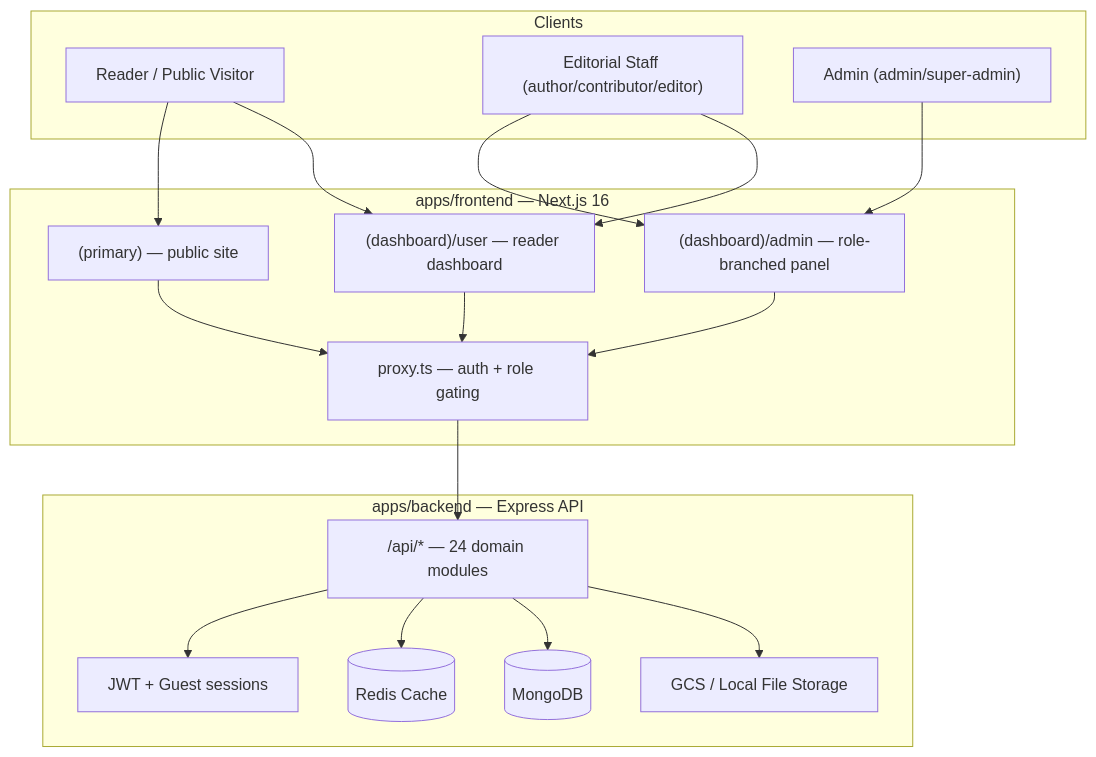
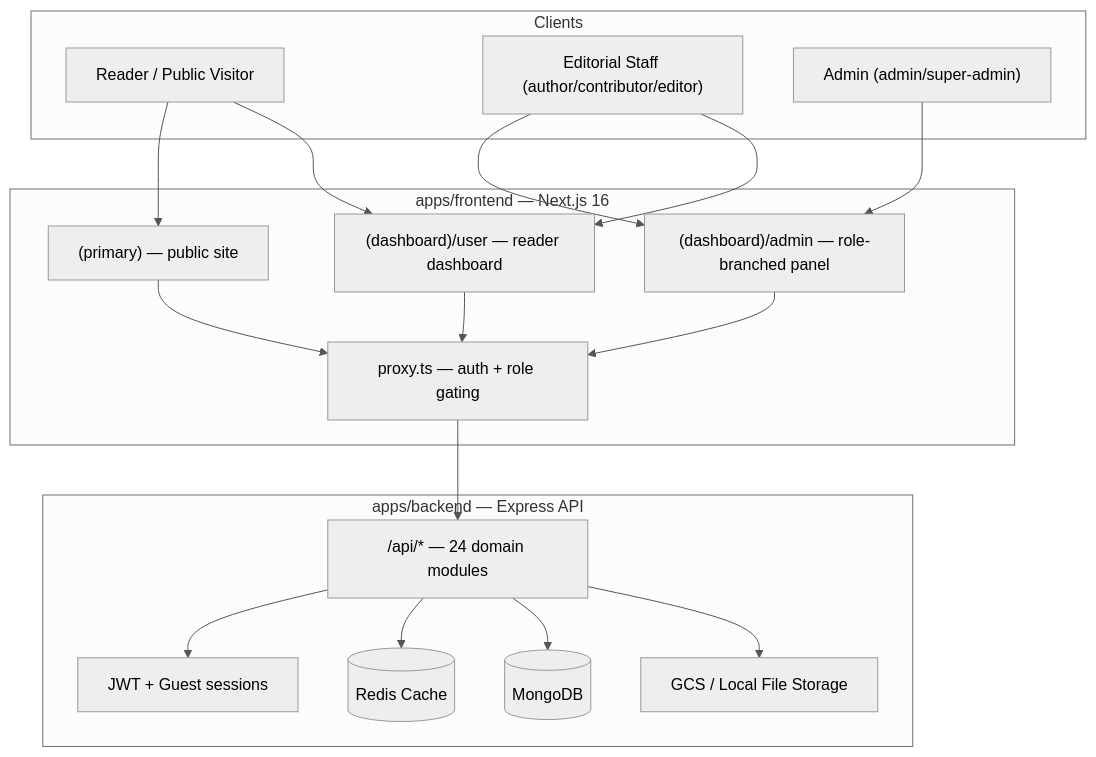
One commit to foysalahmedmin/z-news changed the first of 3 diagrams in README.md. Above: the diagram before and after it, drawn with Mermaid. The commit also changed other lines of this file and 2 other files, not shown here.

First line of the commit message:
docs: render all mermaid diagrams in grayscale

````diff
--- a/README.md
+++ b/README.md
@@ -45,39 +45,40 @@
 ```mermaid
+%%{init: {'theme': 'neutral', 'themeVariables': {'primaryColor': '#ffffff', 'primaryBorderColor': '#333333', 'primaryTextColor': '#111111', 'lineColor': '#555555', 'secondaryColor': '#f5f5f5', 'tertiaryColor': '#e5e5e5'}}}%%
 graph TB
     subgraph "Clients"
         Reader[Reader / Public Visitor]
         Editorial["Editorial Staff (author/contributor/editor)"]
         Admin["Admin (admin/super-admin)"]
     end
 
     subgraph "apps/frontend — Next.js 16"
         Public["(primary) — public site"]
         AdminUI["(dashboard)/admin — role-branched panel"]
         UserUI["(dashboard)/user — reader dashboard"]
         Proxy[proxy.ts — auth + role gating]
     end
 
     subgraph "apps/backend — Express API"
         Routes["/api/* — 24 domain modules"]
         Auth[JWT + Guest sessions]
         Cache[(Redis Cache)]
         DB[(MongoDB)]
         Storage[GCS / Local File Storage]
     end
 
     Reader --> Public
     Reader --> UserUI
     Editorial --> AdminUI
     Editorial --> UserUI
     Admin --> AdminUI
 
     Public --> Proxy
     AdminUI --> Proxy
     UserUI --> Proxy
     Proxy --> Routes
 
     Routes --> Auth
     Routes --> Cache
     Routes --> DB
     Routes --> Storage
 ```
````
